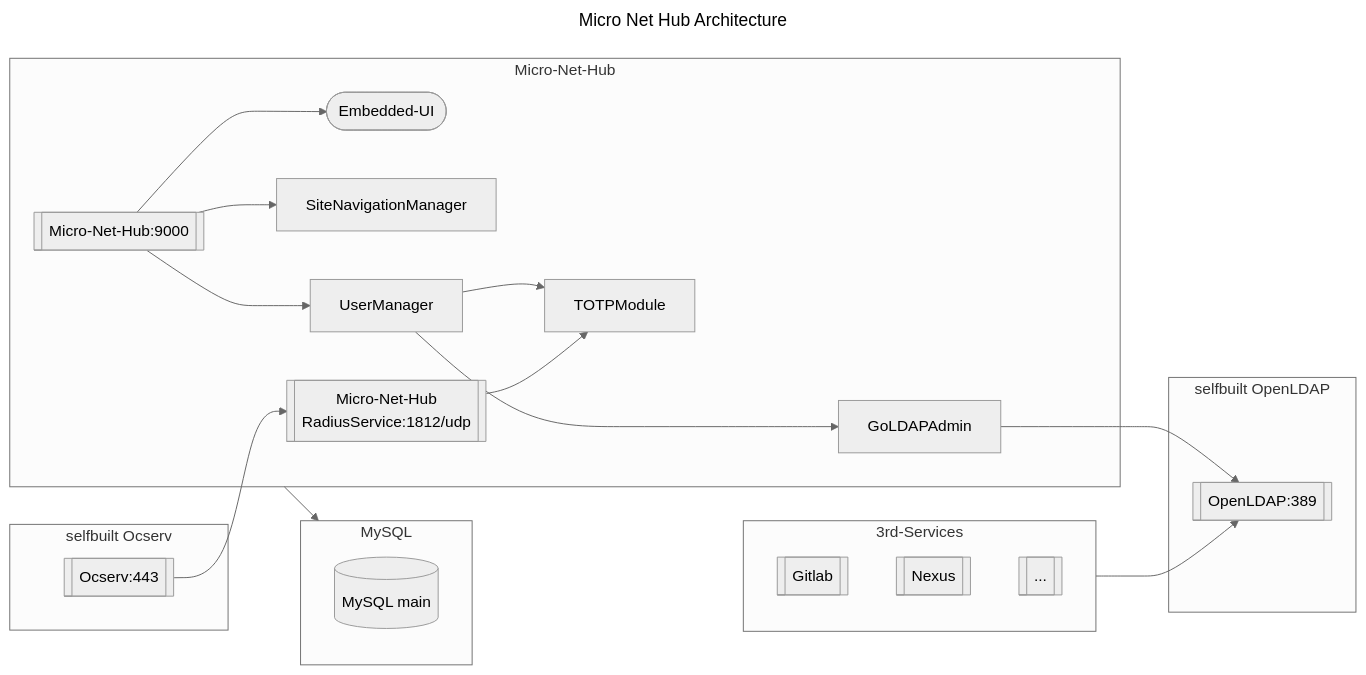
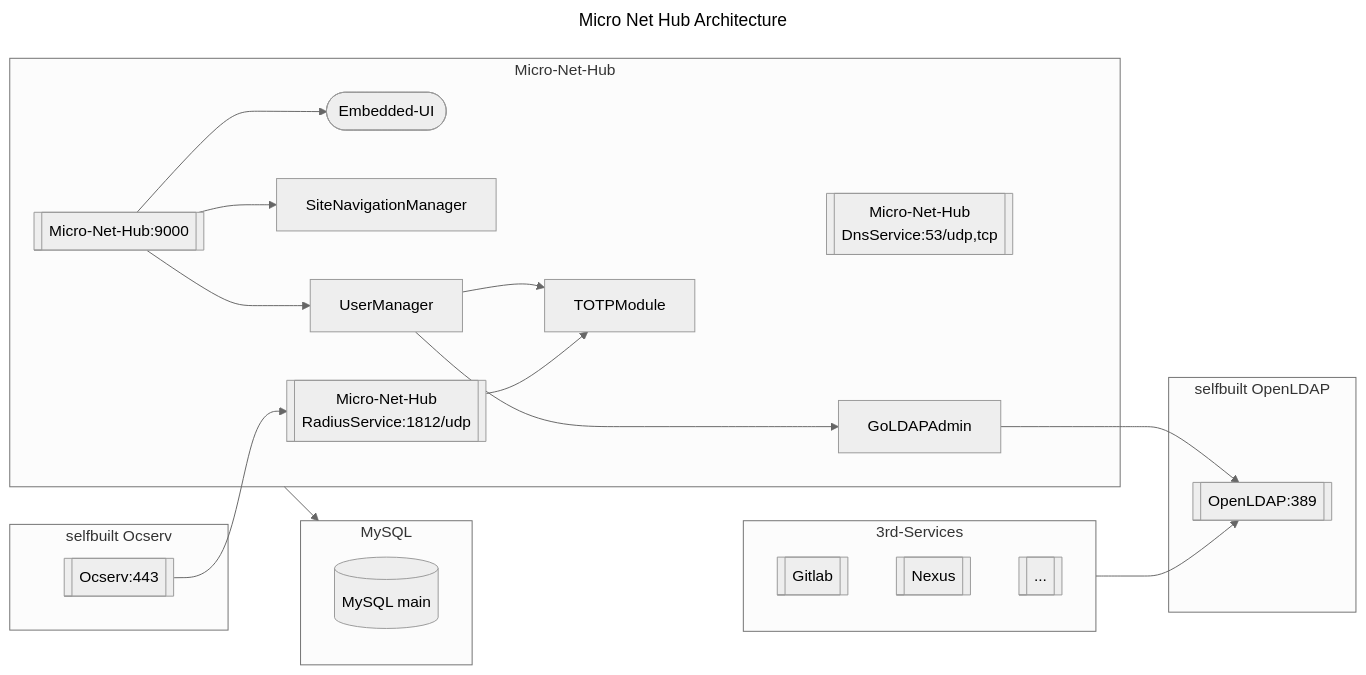
One commit to bagechashu/micro-net-hub changed the diagram in README.md. Above: the diagram before and after it, drawn with Mermaid (neutral theme). The commit also changed other lines of this file and 2 other files, not shown here.

Commit message:
update: doc adapt v0.2.4

````diff
--- a/README.md
+++ b/README.md
@@ -40,45 +39,47 @@
 ```mermaid
 ---
 title: Micro Net Hub Architecture
 ---
 flowchart LR
   %% Service provide by third-party, need deployed by yourself.
   subgraph selfbuilt OpenLDAP
    openldap[[OpenLDAP:389]]
   end
 
   subgraph selfbuilt Ocserv
    ocserv[[Ocserv:443]]
   end
 
   subgraph 3rd-Services
    gitlab[[Gitlab]]
    nexus[[Nexus]]
    other[[...]]
   end
   %% Database
   subgraph MySQL
     mysql-main[(MySQL main)]
   end
 
   subgraph Micro-Net-Hub
     main --> ui
     main --> SiteNavigationManager
     main[[Micro-Net-Hub:9000]]
     ui([Embedded-UI])
 
     main --> UserManager
     UserManager --> TOTPModule
 
     radius[[Micro-Net-Hub<br>RadiusService:1812/udp]]
     radius --> TOTPModule
 
+    embdns[[Micro-Net-Hub<br>DnsService:53/udp,tcp]]
+
     UserManager ---> GoLDAPAdmin
   end
 
   Micro-Net-Hub --> MySQL
   GoLDAPAdmin --> openldap
   3rd-Services --> openldap
   ocserv --> radius
 
 ```
````
